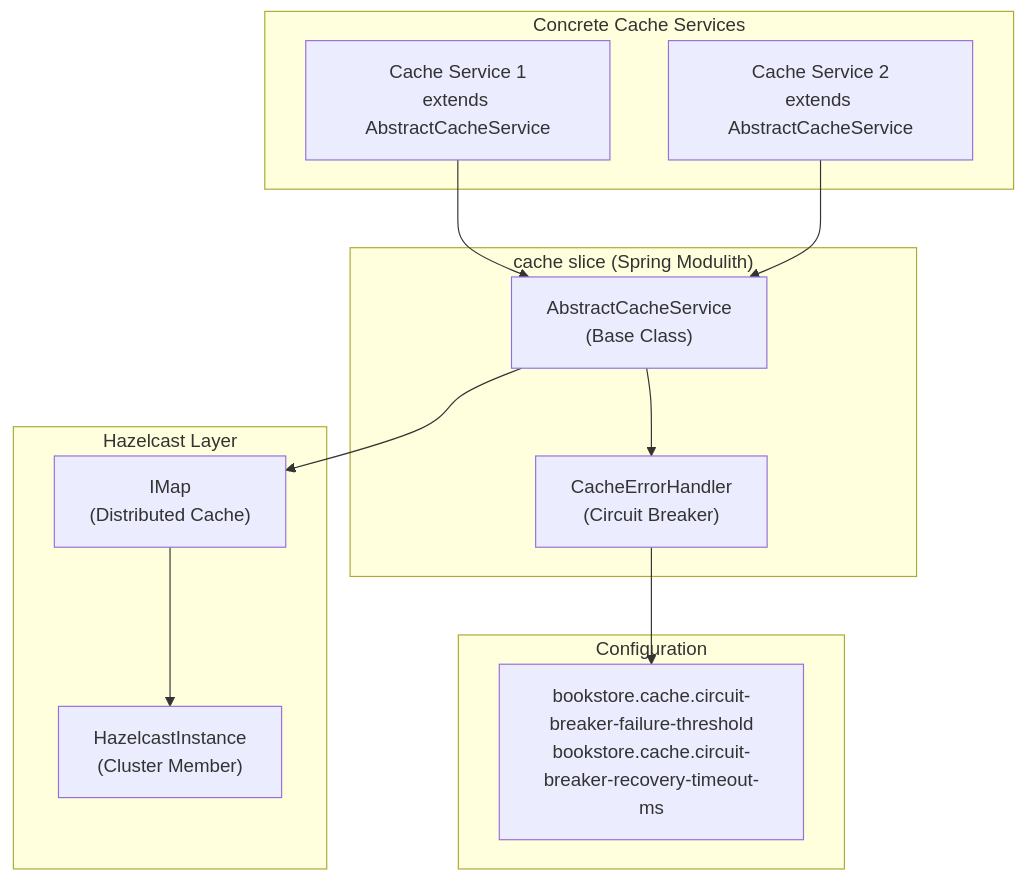
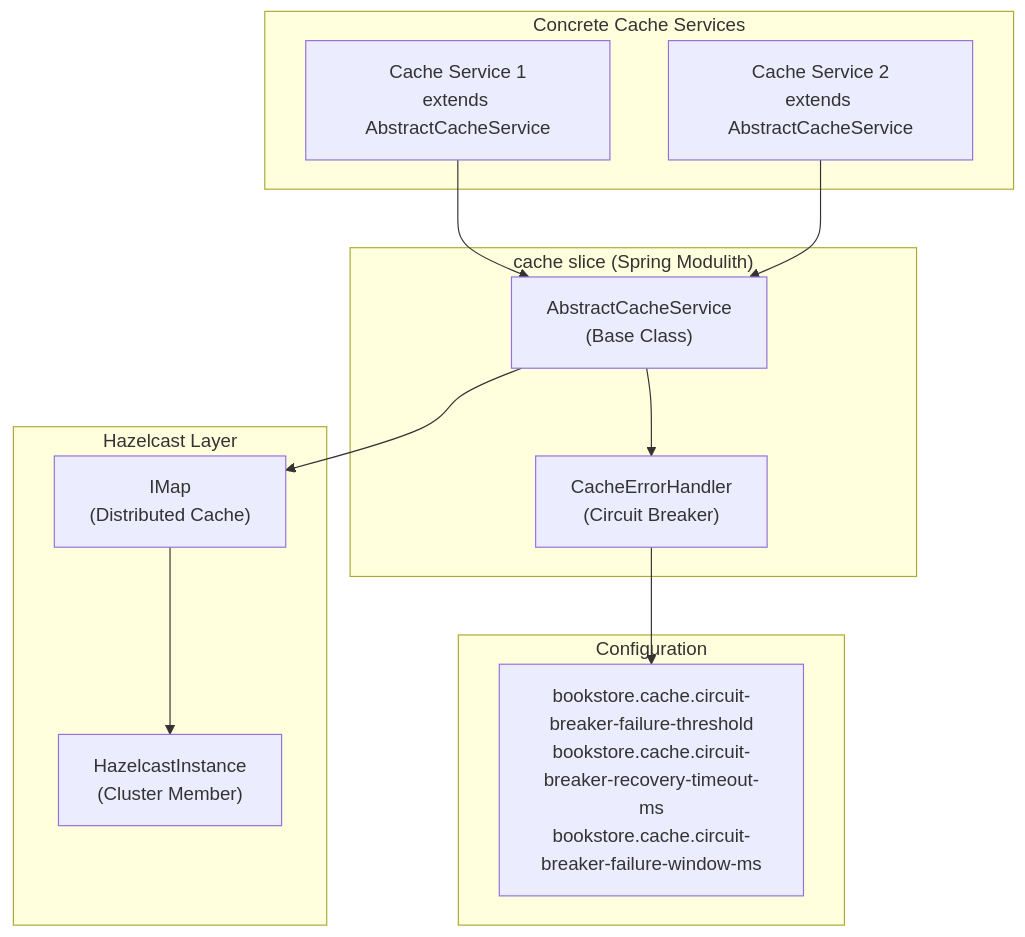
The first of 5 diagrams in docs/deepwiki/Caching-Layer.md (philipz/spring-modulith-orders), drawn with Mermaid before and after one commit. The commit also changed other lines of this file, not shown here.

First line of the commit message:
docs: align cache circuit breaker docs with issue #56 behavior (issue #56)

````diff
--- a/docs/deepwiki/Caching-Layer.md
+++ b/docs/deepwiki/Caching-Layer.md
@@ -28,37 +28,37 @@
 ```mermaid
 flowchart TD
 
 AbstractCacheService["AbstractCacheService<K, V><br>(Base Class)"]
 CacheErrorHandler["CacheErrorHandler<br>(Circuit Breaker)"]
 ConcreteCache1["Cache Service 1<br>extends AbstractCacheService"]
 ConcreteCache2["Cache Service 2<br>extends AbstractCacheService"]
 IMap["IMap<K, Object><br>(Distributed Cache)"]
 HazelcastInstance["HazelcastInstance<br>(Cluster Member)"]
-CircuitBreakerConfig["bookstore.cache.circuit-breaker-failure-threshold<br>bookstore.cache.circuit-breaker-recovery-timeout-ms"]
+CircuitBreakerConfig["bookstore.cache.circuit-breaker-failure-threshold<br>bookstore.cache.circuit-breaker-recovery-timeout-ms<br>bookstore.cache.circuit-breaker-failure-window-ms"]
 
 ConcreteCache1 --> AbstractCacheService
 ConcreteCache2 --> AbstractCacheService
 AbstractCacheService --> IMap
 CacheErrorHandler --> CircuitBreakerConfig
 
 subgraph config ["Configuration"]
     CircuitBreakerConfig
 end
 
 subgraph hazelcast_layer ["Hazelcast Layer"]
     IMap
     HazelcastInstance
     IMap --> HazelcastInstance
 end
 
 subgraph concrete_implementations ["Concrete Cache Services"]
     ConcreteCache1
     ConcreteCache2
 end
 
 subgraph cache_slice ["cache slice (Spring Modulith)"]
     AbstractCacheService
     CacheErrorHandler
     AbstractCacheService --> CacheErrorHandler
 end
 ```
````
